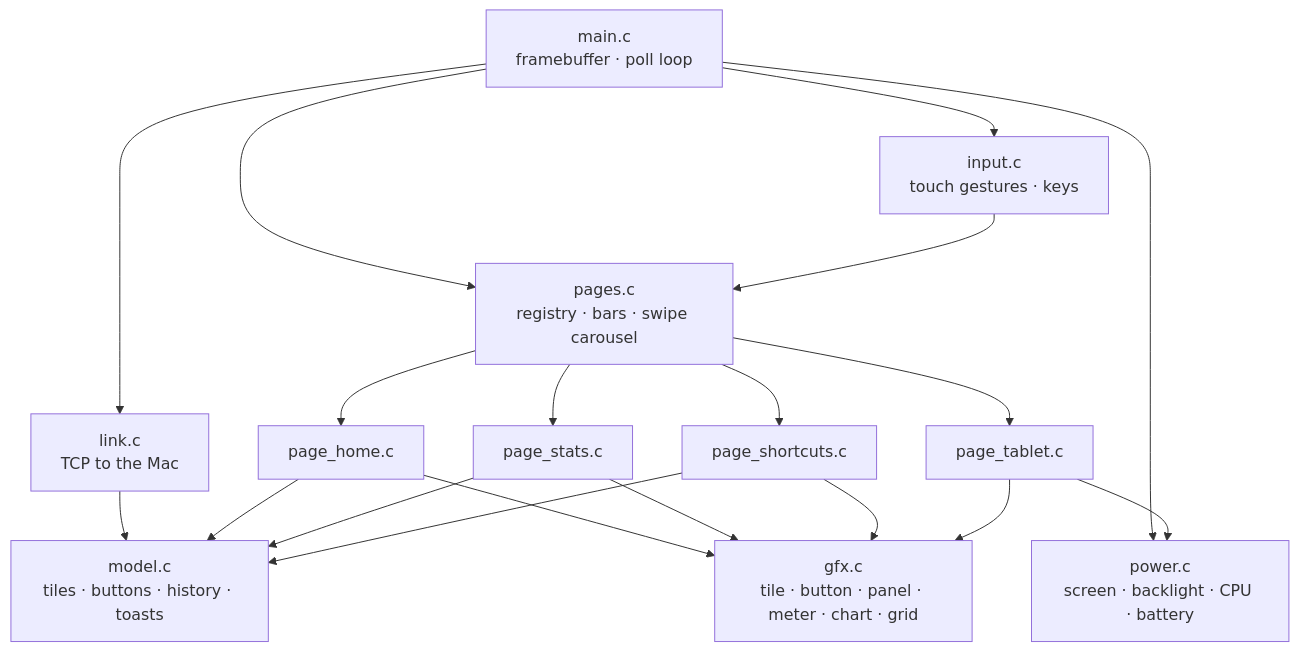
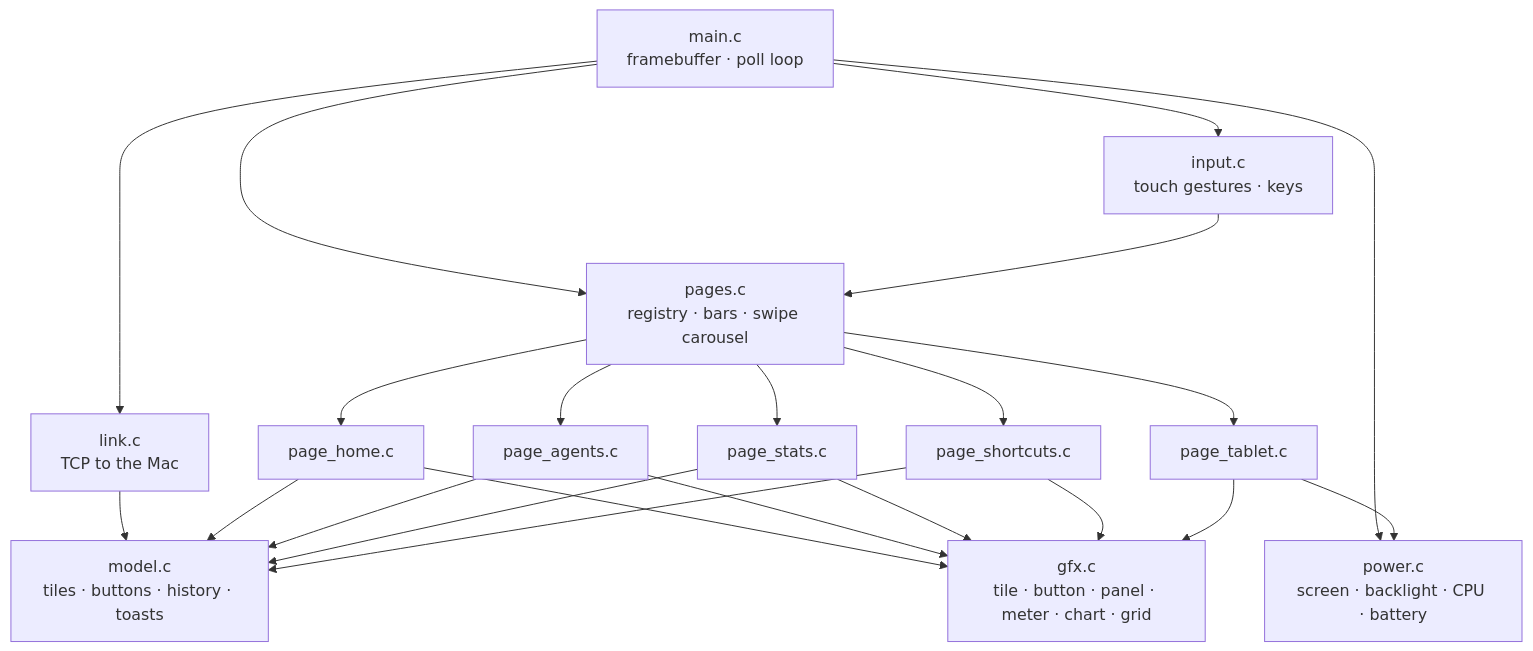
The fourth of 6 diagrams in README.md (KhaledSaeed18/macdeck), drawn with Mermaid before and after one commit. The commit also changed other lines of this file, not shown here.

Commit message:
docs(readme): document the Agents page and how agent status is read

````diff
--- a/README.md
+++ b/README.md
@@ -120,13 +124,13 @@
 ```mermaid
 flowchart TB
     MAIN["main.c<br/>framebuffer · poll loop"] --> LINK["link.c<br/>TCP to the Mac"]
     MAIN --> INPUT["input.c<br/>touch gestures · keys"]
     MAIN --> POWER["power.c<br/>screen · backlight · CPU · battery"]
     MAIN --> PAGES["pages.c<br/>registry · bars · swipe carousel"]
     LINK --> MODEL["model.c<br/>tiles · buttons · history · toasts"]
     INPUT --> PAGES
-    PAGES --> P1["page_home.c"] & P2["page_stats.c"] & P3["page_shortcuts.c"] & P4["page_tablet.c"]
-    P1 & P2 & P3 & P4 --> GFX["gfx.c<br/>tile · button · panel · meter · chart · grid"]
-    P1 & P2 & P3 --> MODEL
+    PAGES --> P1["page_home.c"] & P5["page_agents.c"] & P2["page_stats.c"] & P3["page_shortcuts.c"] & P4["page_tablet.c"]
+    P1 & P5 & P2 & P3 & P4 --> GFX["gfx.c<br/>tile · button · panel · meter · chart · grid"]
+    P1 & P5 & P2 & P3 --> MODEL
     P4 --> POWER
 ```
````
